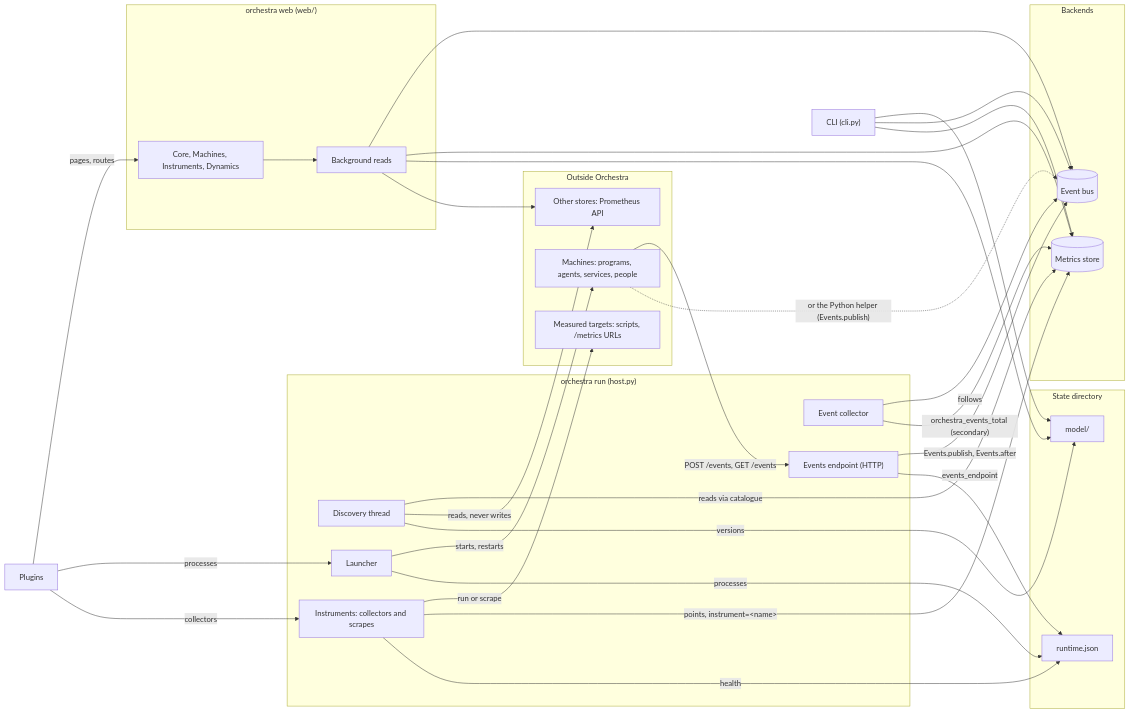
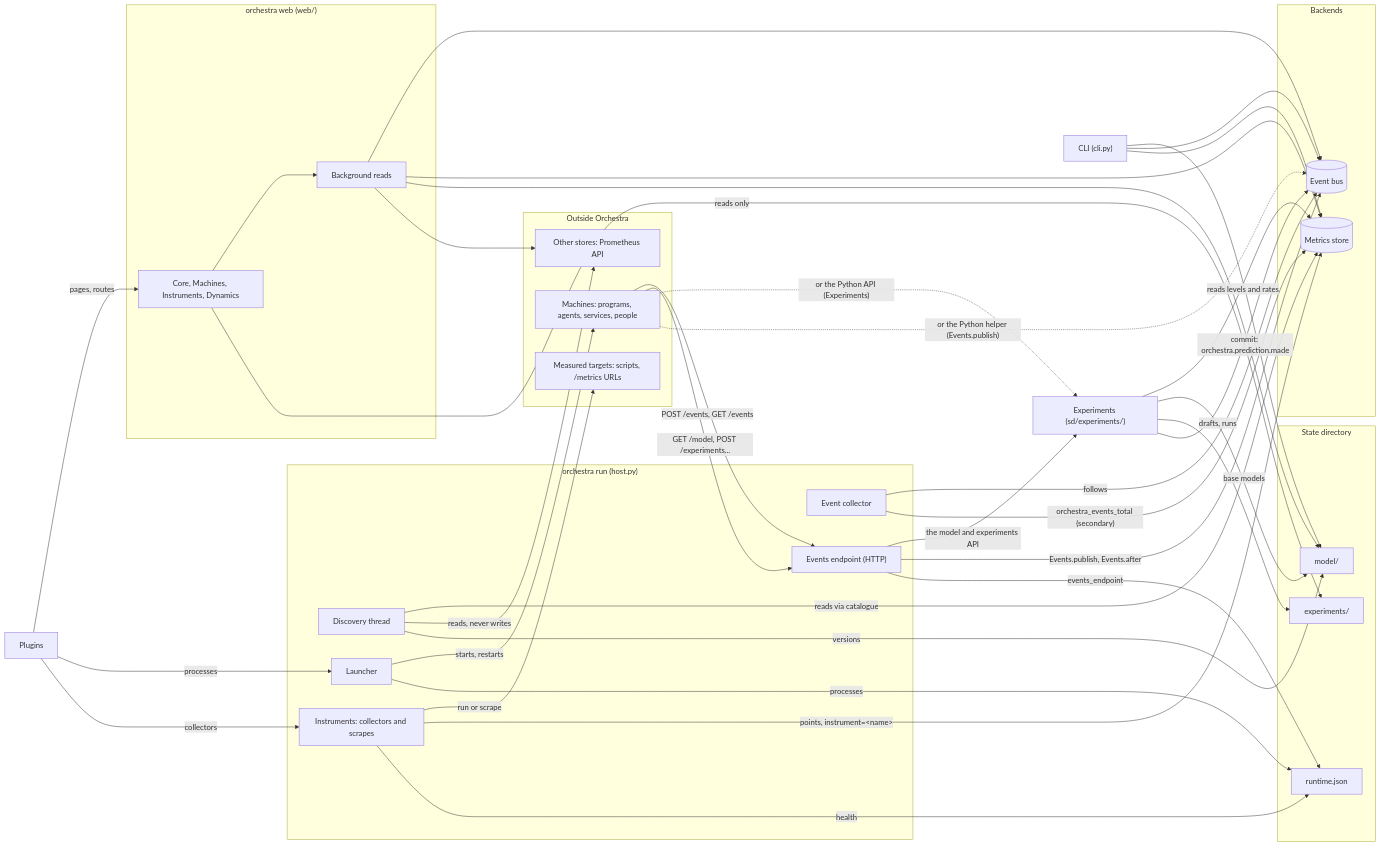
Before and after one commit to danroblewis/orchestra: the first of 11 diagrams in ARCHITECTURE.md, drawn with Mermaid. The commit also changed other lines of this file and 8 other files, not shown here.

First line of the commit message:
Docs: experiments, the equation language and their HTTP API; G16 "Exploring causality"

````diff
--- a/ARCHITECTURE.md
+++ b/ARCHITECTURE.md
@@ -44,55 +44,65 @@
 ```mermaid
 flowchart LR
   subgraph outside["Outside Orchestra"]
     M["Machines: programs, agents, services, people"]
     T["Measured targets: scripts, /metrics URLs"]
     R["Other stores: Prometheus API"]
   end
   subgraph host["orchestra run (host.py)"]
     EC["Event collector"]
     DI["Discovery thread"]
     LA["Launcher"]
     CO["Instruments: collectors and scrapes"]
     EP["Events endpoint (HTTP)"]
   end
   subgraph stores["Backends"]
     BUS[("Event bus")]
     MET[("Metrics store")]
   end
   subgraph state["State directory"]
     RT["runtime.json"]
     MS["model/"]
+    XS["experiments/"]
   end
+  EX["Experiments (sd/experiments/)"]
   subgraph web["orchestra web (web/)"]
     BG["Background reads"]
     UI["Core, Machines, Instruments, Dynamics"]
   end
   PL["Plugins"]
   CLI["CLI (cli.py)"]
 
   M -- "POST /events, GET /events" --> EP
+  M -- "GET /model, POST /experiments..." --> EP
+  EP -- "the model and experiments API" --> EX
+  M -. "or the Python API (Experiments)" .-> EX
+  EX -- "reads levels and rates" --> MET
+  EX -- "base models" --> MS
+  EX -- "drafts, runs" --> XS
+  EX -- "commit: orchestra.prediction.made" --> BUS
   EP -- "Events.publish, Events.after" --> BUS
   M -. "or the Python helper (Events.publish)" .-> BUS
   LA -- "starts, restarts" --> M
   CO -- "run or scrape" --> T
   CO -- "points, instrument=#lt;name#gt;" --> MET
   CO -- "health" --> RT
   EC -- "follows" --> BUS
   EC -- "orchestra_events_total (secondary)" --> MET
   DI -- "reads via catalogue" --> MET
   DI -- "reads, never writes" --> R
   DI -- "versions" --> MS
   LA -- "processes" --> RT
   EP -- "events_endpoint" --> RT
   BG --> BUS
   BG --> MET
   BG --> MS
   BG --> R
   UI --> BG
+  UI -- "reads only" --> XS
   PL -- "pages, routes" --> UI
   PL -- "processes" --> LA
   PL -- "collectors" --> CO
   CLI --> MS
   CLI --> BUS
   CLI --> MET
 ```
````
